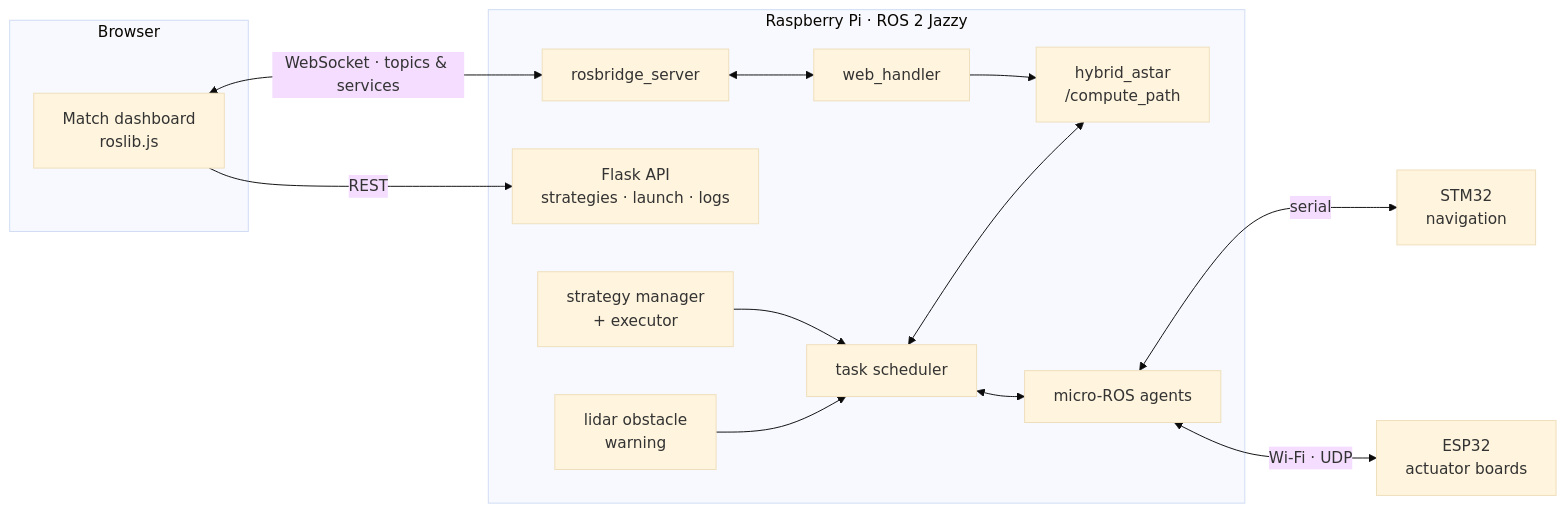
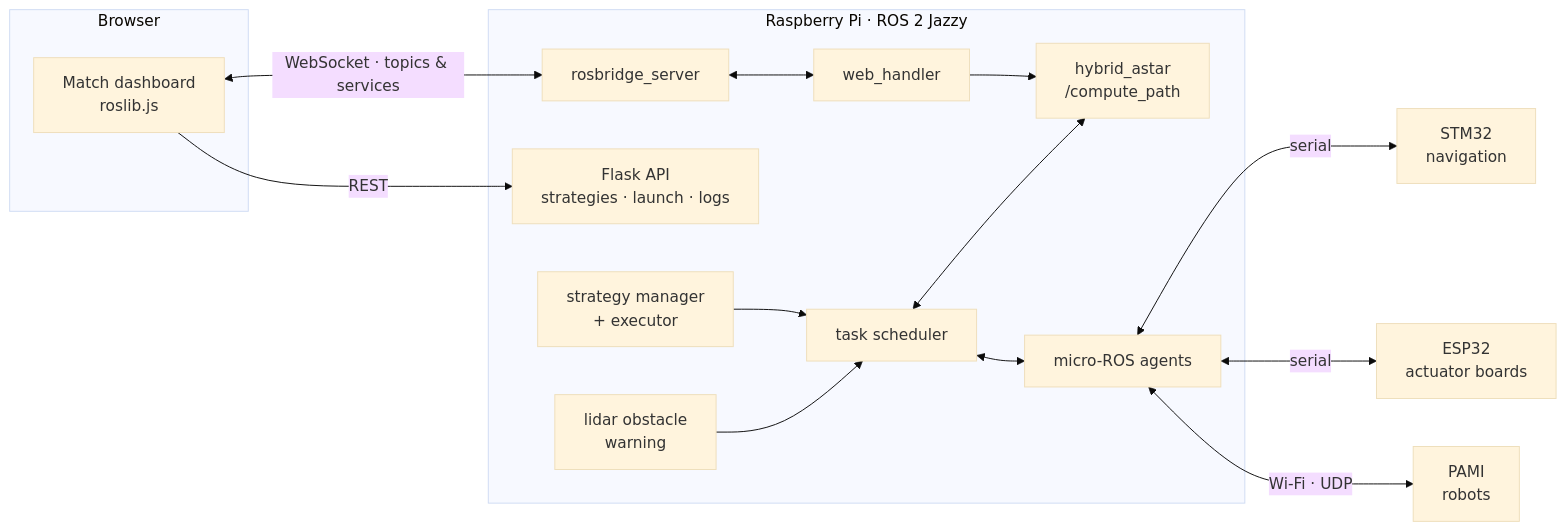
The diagram in README.md (aminebensaid66/aminebensaid66), drawn with Mermaid (base theme) before and after one commit. The commit also changed other lines of this file, not shown here.

Commit message:
Fix micro-ROS transports in Eurobot diagram
The ESP32 actuator boards use serial; only the PAMI robots use Wi-Fi UDP.

````diff
--- a/README.md
+++ b/README.md
@@ -109,26 +109,27 @@
 ```mermaid
 flowchart LR
     subgraph Browser
         DASH["Match dashboard<br/>roslib.js"]
     end
     subgraph RPI["Raspberry Pi · ROS 2 Jazzy"]
         RB["rosbridge_server"]
         API["Flask API<br/>strategies · launch · logs"]
         WH["web_handler"]
         HA["hybrid_astar<br/>/compute_path"]
         STRAT["strategy manager<br/>+ executor"]
         TS["task scheduler"]
         LID["lidar obstacle<br/>warning"]
         AG["micro-ROS agents"]
     end
     DASH <-->|"WebSocket · topics & services"| RB
     DASH -->|REST| API
     RB <--> WH
     WH --> HA
     STRAT --> TS
     TS <--> HA
     LID --> TS
     TS <--> AG
     AG <-->|serial| STM["STM32<br/>navigation"]
-    AG <-->|"Wi-Fi · UDP"| ESP["ESP32<br/>actuator boards"]
+    AG <-->|serial| ESP["ESP32<br/>actuator boards"]
+    AG <-->|"Wi-Fi · UDP"| PAMI["PAMI<br/>robots"]
 ```
````
